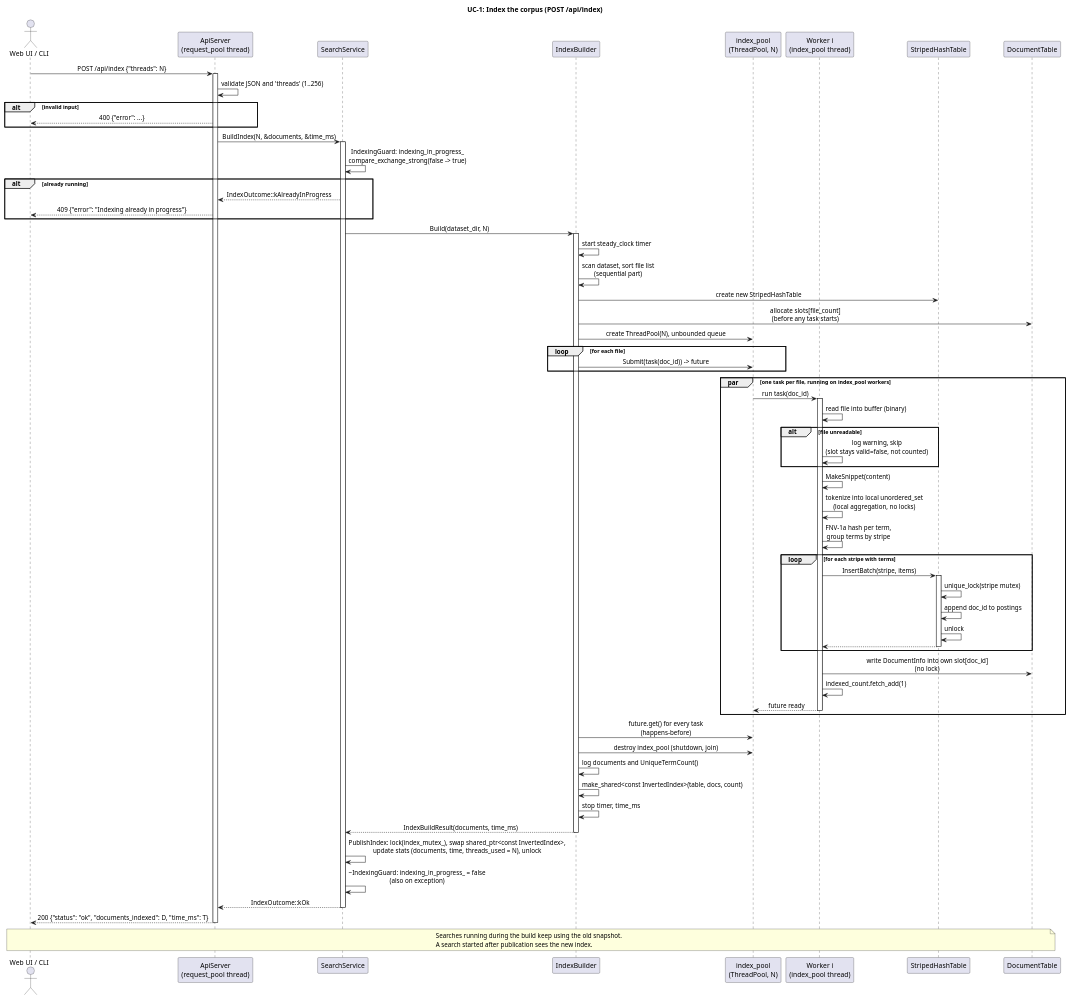
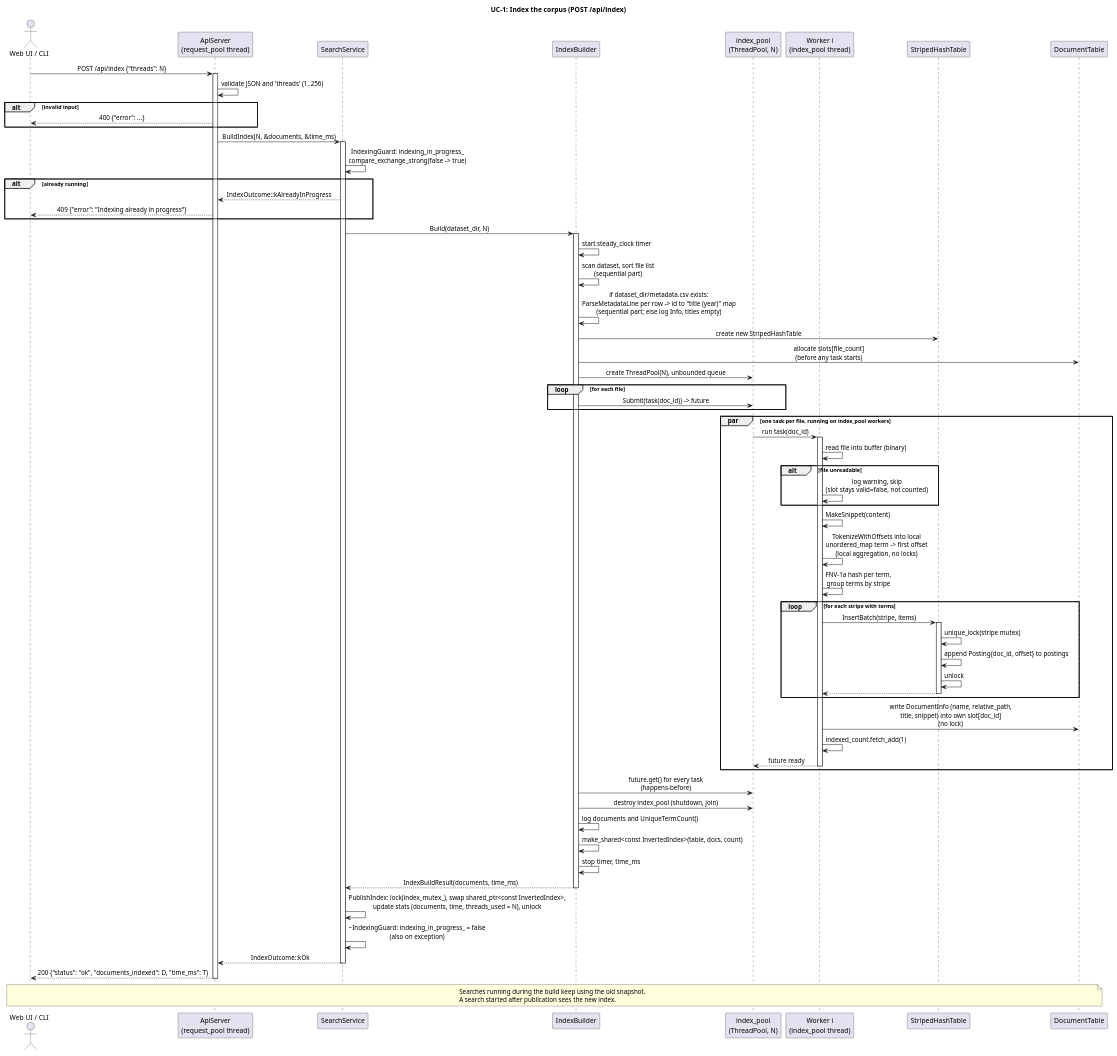
Before and after one commit to DariaMelnyk0206/course_work_parallel_computing: the diagram in docs/uml/sequence_uc1_index.puml, drawn with PlantUML. The commit also changed 7 other files, not shown here.

Commit message:
docs(uml): update diagrams for keyword-in-context snippets

```diff
--- a/docs/uml/sequence_uc1_index.puml
+++ b/docs/uml/sequence_uc1_index.puml
@@ -1,83 +1,78 @@
 @startuml sequence_uc1_index
 title UC-1: Index the corpus (POST /api/index)
 skinparam shadowing false
 skinparam sequenceMessageAlign center
-
 actor "Web UI / CLI" as Client
 participant "ApiServer\n(request_pool thread)" as Api
 participant SearchService as Svc
 participant IndexBuilder as Builder
 participant "index_pool\n(ThreadPool, N)" as Pool
 participant "Worker i\n(index_pool thread)" as Worker
 participant StripedHashTable as Table
 participant DocumentTable as Docs
-
 Client -> Api : POST /api/index {"threads": N}
 activate Api
 Api -> Api : validate JSON and 'threads' (1..256)
 alt invalid input
   Api --> Client : 400 {"error": ...}
 end
 Api -> Svc : BuildIndex(N, &documents, &time_ms)
 activate Svc
 Svc -> Svc : IndexingGuard: indexing_in_progress_\ncompare_exchange_strong(false -> true)
 alt already running
   Svc --> Api : IndexOutcome::kAlreadyInProgress
   Api --> Client : 409 {"error": "Indexing already in progress"}
 end
 Svc -> Builder : Build(dataset_dir, N)
 activate Builder
 Builder -> Builder : start steady_clock timer
 Builder -> Builder : scan dataset, sort file list\n(sequential part)
+Builder -> Builder : if dataset_dir/metadata.csv exists:\nParseMetadataLine per row -> id to "title (year)" map\n(sequential part; else log Info, titles empty)
 Builder -> Table : create new StripedHashTable
 Builder -> Docs : allocate slots[file_count]\n(before any task starts)
 Builder -> Pool : create ThreadPool(N), unbounded queue
 loop for each file
   Builder -> Pool : Submit(task(doc_id)) -> future
 end
-
 par one task per file, running on index_pool workers
   Pool -> Worker : run task(doc_id)
   activate Worker
   Worker -> Worker : read file into buffer (binary)
   alt file unreadable
     Worker -> Worker : log warning, skip\n(slot stays valid=false, not counted)
   end
   Worker -> Worker : MakeSnippet(content)
-  Worker -> Worker : tokenize into local unordered_set\n(local aggregation, no locks)
+  Worker -> Worker : TokenizeWithOffsets into local\nunordered_map term -> first offset\n(local aggregation, no locks)
   Worker -> Worker : FNV-1a hash per term,\ngroup terms by stripe
   loop for each stripe with terms
     Worker -> Table : InsertBatch(stripe, items)
     activate Table
     Table -> Table : unique_lock(stripe mutex)
-    Table -> Table : append doc_id to postings
+    Table -> Table : append Posting{doc_id, offset} to postings
     Table -> Table : unlock
     Table --> Worker
     deactivate Table
   end
-  Worker -> Docs : write DocumentInfo into own slot[doc_id]\n(no lock)
+  Worker -> Docs : write DocumentInfo (name, relative_path,\ntitle, snippet) into own slot[doc_id]\n(no lock)
   Worker -> Worker : indexed_count.fetch_add(1)
   Worker --> Pool : future ready
   deactivate Worker
 end
-
 Builder -> Pool : future.get() for every task\n(happens-before)
 Builder -> Pool : destroy index_pool (shutdown, join)
 Builder -> Builder : log documents and UniqueTermCount()
 Builder -> Builder : make_shared<const InvertedIndex>(table, docs, count)
 Builder -> Builder : stop timer, time_ms
 Builder --> Svc : IndexBuildResult(documents, time_ms)
 deactivate Builder
-
 Svc -> Svc : PublishIndex: lock(index_mutex_), swap shared_ptr<const InvertedIndex>,\nupdate stats (documents, time, threads_used = N), unlock
 Svc -> Svc : ~IndexingGuard: indexing_in_progress_ = false\n(also on exception)
 Svc --> Api : IndexOutcome::kOk
 deactivate Svc
 Api --> Client : 200 {"status": "ok", "documents_indexed": D, "time_ms": T}
 deactivate Api
-
 note over Client, Docs
   Searches running during the build keep using the old snapshot.
   A search started after publication sees the new index.
 end note
 @enduml
```
